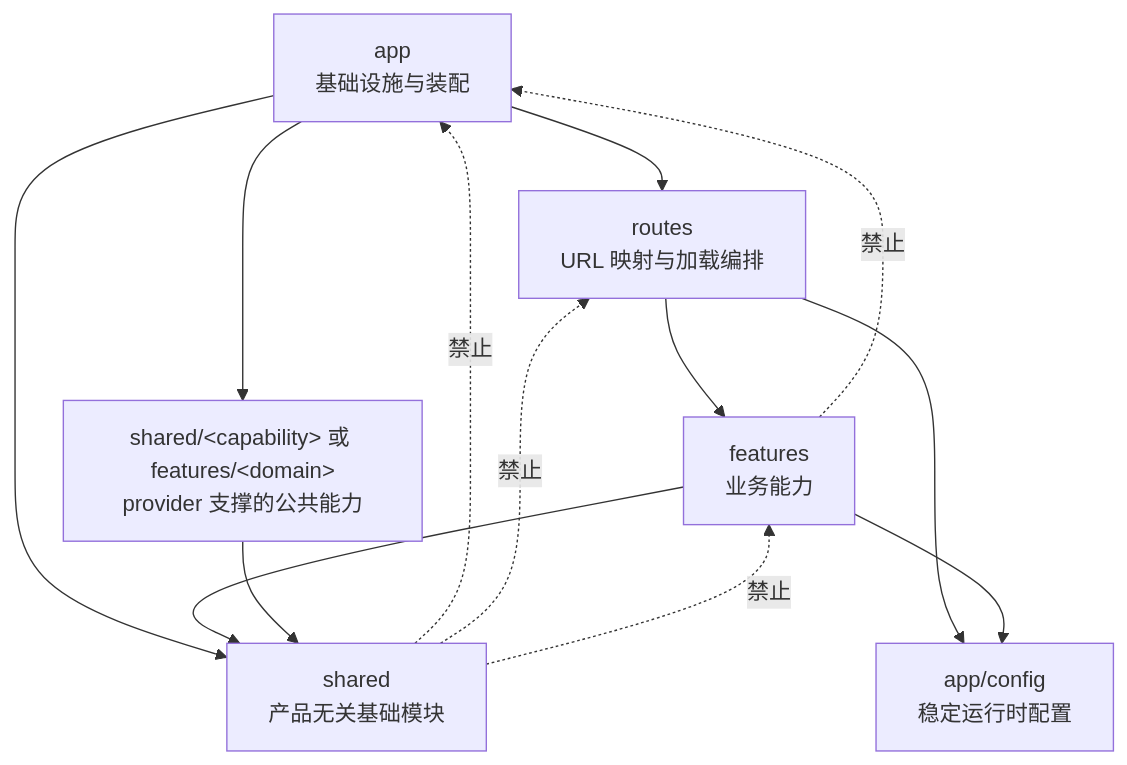
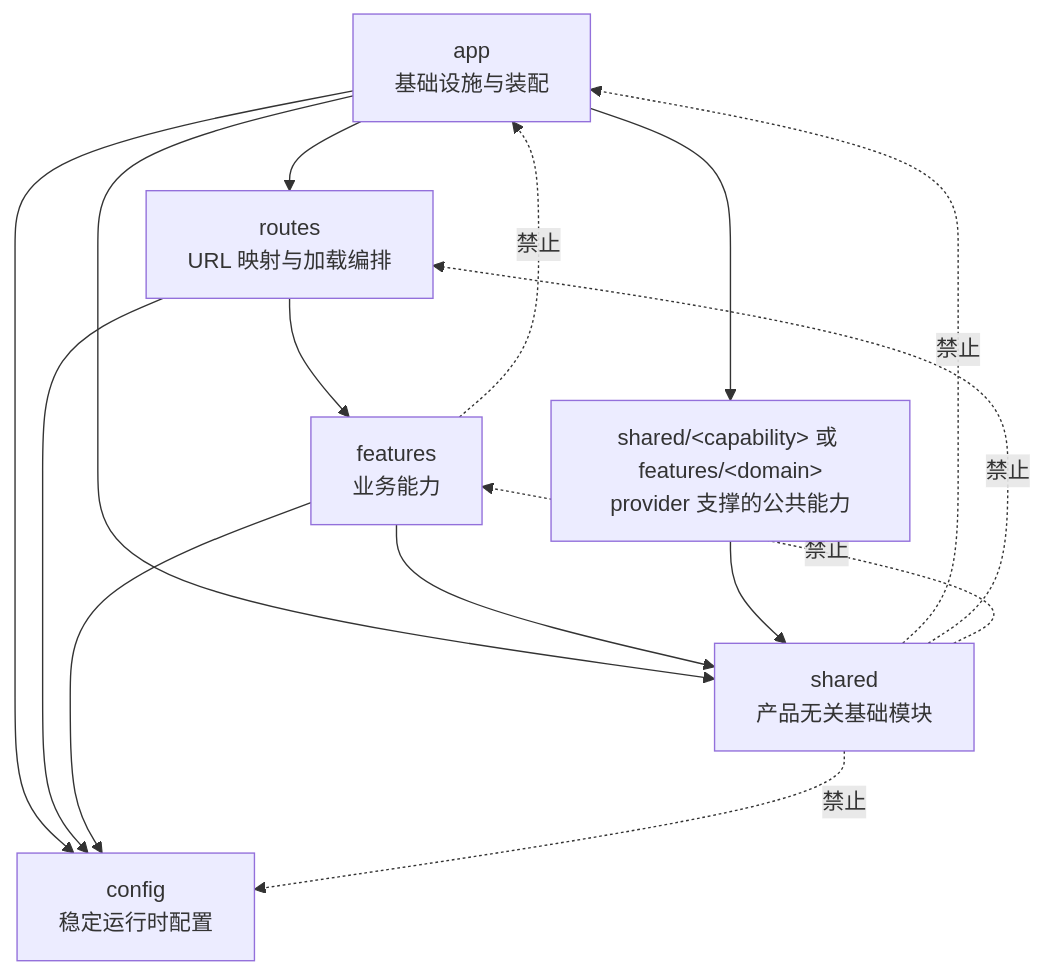
Before and after one commit to RingoTangs/react-app: the diagram in README.zh-CN.md, drawn with Mermaid. The commit also changed other lines of this file and 10 other files, not shown here.

Commit message:
refactor: move runtime configuration from src/app/config to src/config and update architectural boundaries

````diff
--- a/README.zh-CN.md
+++ b/README.zh-CN.md
@@ -162,23 +165,25 @@
 ```mermaid
 flowchart TD
   App["app<br/>基础设施与装配"]
   Routes["routes<br/>URL 映射与加载编排"]
   Features["features<br/>业务能力"]
   Shared["shared<br/>产品无关基础模块"]
-  AppConfig["app/config<br/>稳定运行时配置"]
+  Config["config<br/>稳定运行时配置"]
   ProviderCapability["shared/&lt;capability&gt; 或 features/&lt;domain&gt;<br/>provider 支撑的公共能力"]
 
   App --> Routes
   App --> Shared
+  App --> Config
   App --> ProviderCapability
   Routes --> Features
-  Routes --> AppConfig
+  Routes --> Config
   Features --> Shared
-  Features --> AppConfig
+  Features --> Config
   ProviderCapability --> Shared
 
   Shared -. 禁止 .-> App
   Shared -. 禁止 .-> Routes
   Shared -. 禁止 .-> Features
+  Shared -. 禁止 .-> Config
   Features -. 禁止 .-> App
 ```
````
